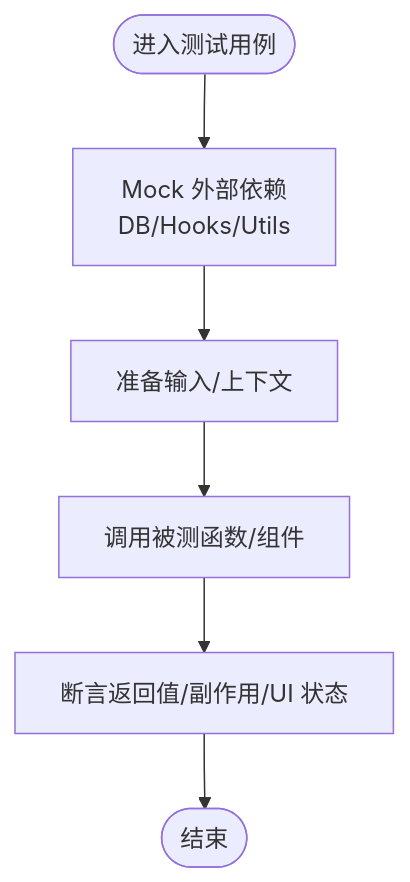
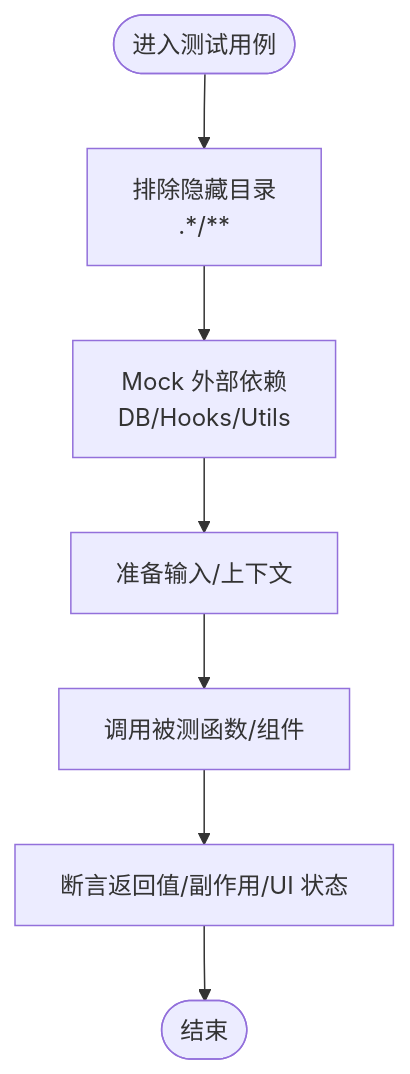
One commit to dgjin/smart-data-analytics changed the third of 6 diagrams in .qoder/repowiki/zh/content/开发指南/测试策略与实践.md. Above: the diagram before and after it, drawn with Mermaid. The commit also changed other lines of this file and 100 other files, not shown here.

````diff
--- a/.qoder/repowiki/zh/content/开发指南/测试策略与实践.md
+++ b/.qoder/repowiki/zh/content/开发指南/测试策略与实践.md
@@ -134,8 +163,9 @@
 ```mermaid
 flowchart TD
-Start(["进入测试用例"]) --> MockDeps["Mock 外部依赖<br/>DB/Hooks/Utils"]
+Start(["进入测试用例"]) --> ExcludeHidden["排除隐藏目录<br/>.*/**"]
+ExcludeHidden --> MockDeps["Mock 外部依赖<br/>DB/Hooks/Utils"]
 MockDeps --> Arrange["准备输入/上下文"]
 Arrange --> Act["调用被测函数/组件"]
 Act --> Assert["断言返回值/副作用/UI 状态"]
 Assert --> End(["结束"])
 ```
````
